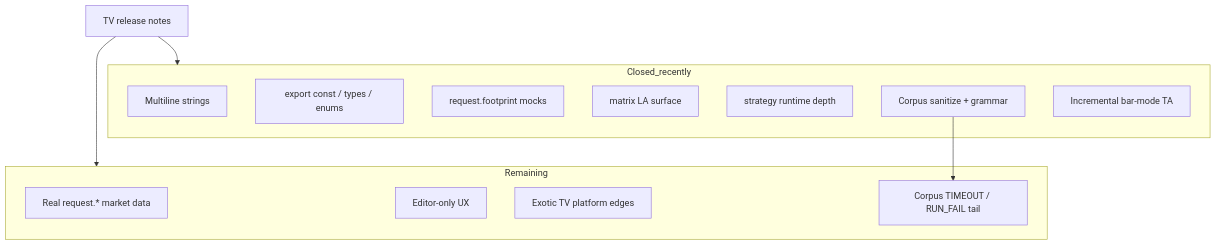
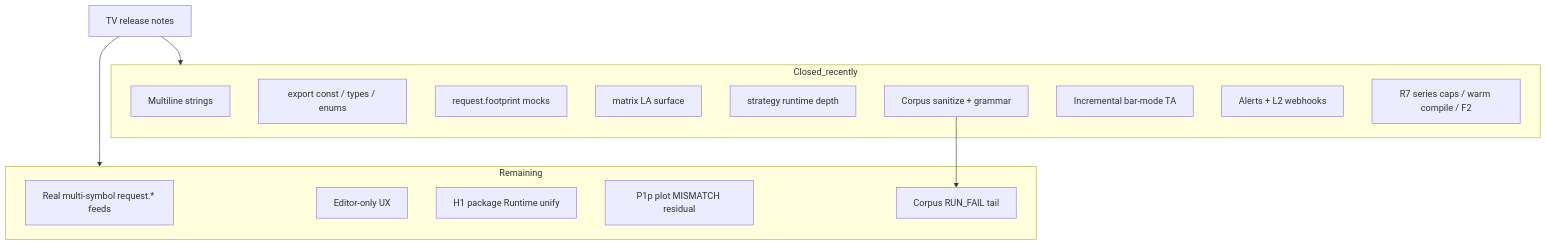
One commit to hoox-sh/pyne changed the diagram in docs/pyne/reference/missing-features.mdx. Above: the diagram before and after it, drawn with Mermaid. The commit also changed other lines of this file and 33 other files, not shown here.

````diff
--- a/docs/pyne/reference/missing-features.mdx
+++ b/docs/pyne/reference/missing-features.mdx
@@ -35,21 +35,24 @@
 ```mermaid
 flowchart TB
   subgraph Closed_recently
     ML[Multiline strings]
     EX[export const / types / enums]
     FP[request.footprint mocks]
     MAT[matrix LA surface]
     STR[strategy runtime depth]
     CORP[Corpus sanitize + grammar]
     PERF[Incremental bar-mode TA]
+    ALERT[Alerts + L2 webhooks]
+    R7[R7 series caps / warm compile / F2]
   end
   subgraph Remaining
-    RD[Real request.* market data]
+    RD[Real multi-symbol request.* feeds]
     ED[Editor-only UX]
-    EXO[Exotic TV platform edges]
-    TAIL[Corpus TIMEOUT / RUN_FAIL tail]
+    H1[H1 package Runtime unify]
+    P1p[P1p plot MISMATCH residual]
+    TAIL[Corpus RUN_FAIL tail]
   end
   TV[TV release notes] --> Closed_recently
   TV --> Remaining
   CORP --> TAIL
 ```
````
